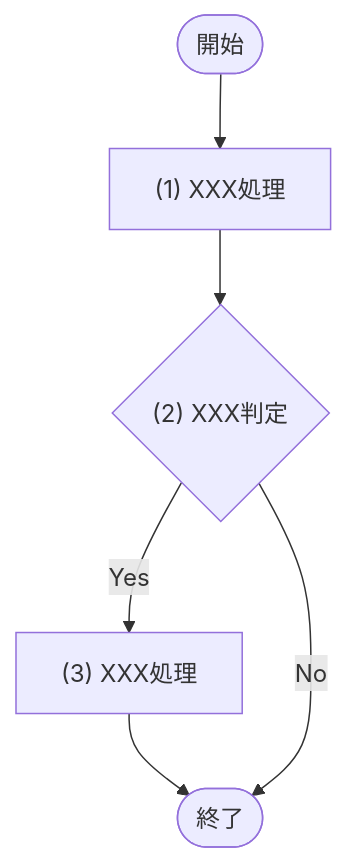
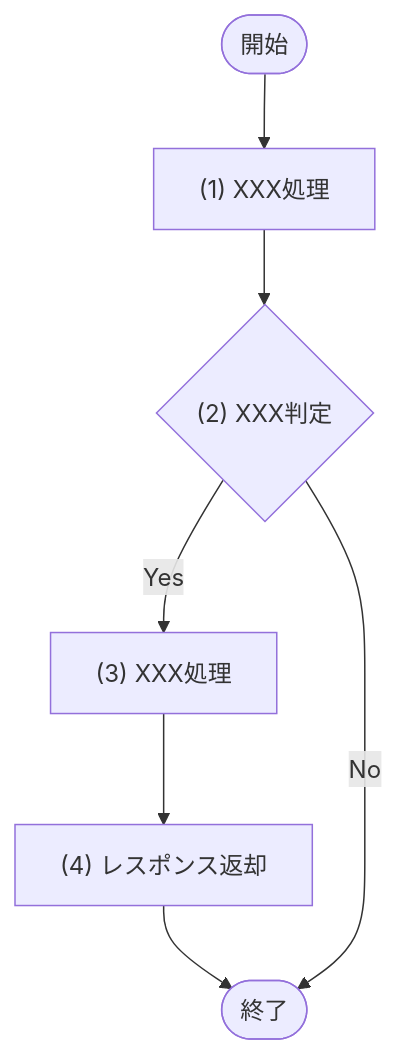
One commit to sikakou54/system-document-template changed the diagram in template/02_機能設計/03_API設計/テンプレート_API.md. Above: the diagram before and after it, drawn with Mermaid. The commit also changed other lines of this file and 128 other files, not shown here.

````diff
--- a/template/02_機能設計/03_API設計/テンプレート_API.md
+++ b/template/02_機能設計/03_API設計/テンプレート_API.md
@@ -102,12 +100,13 @@
 ```mermaid
 flowchart TD
   Start([開始])
   P1["(1) XXX処理"]
   D1{"(2) XXX判定"}
   P3["(3) XXX処理"]
+  P4["(4) レスポンス返却"]
   End([終了])
 
   Start --> P1 --> D1
-  D1 -- "Yes" --> P3 --> End
+  D1 -- "Yes" --> P3 --> P4 --> End
   D1 -- "No" --> End
 ```
````
